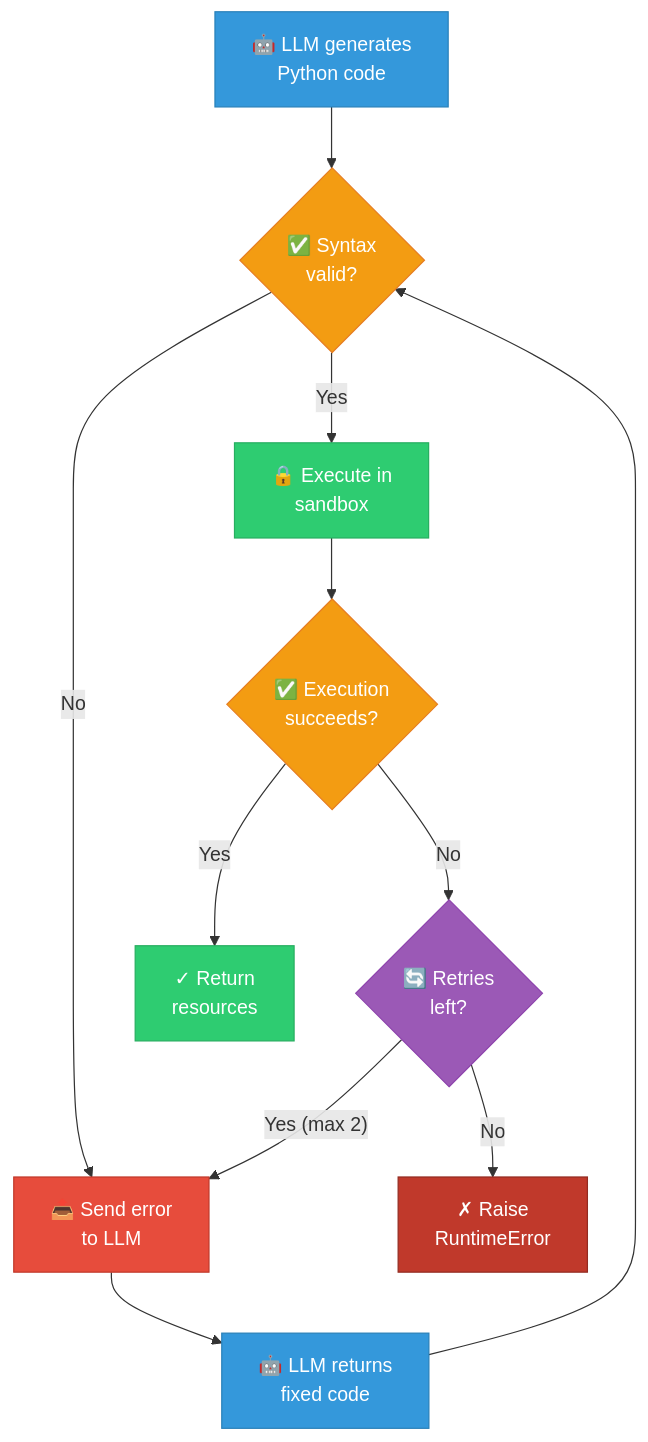
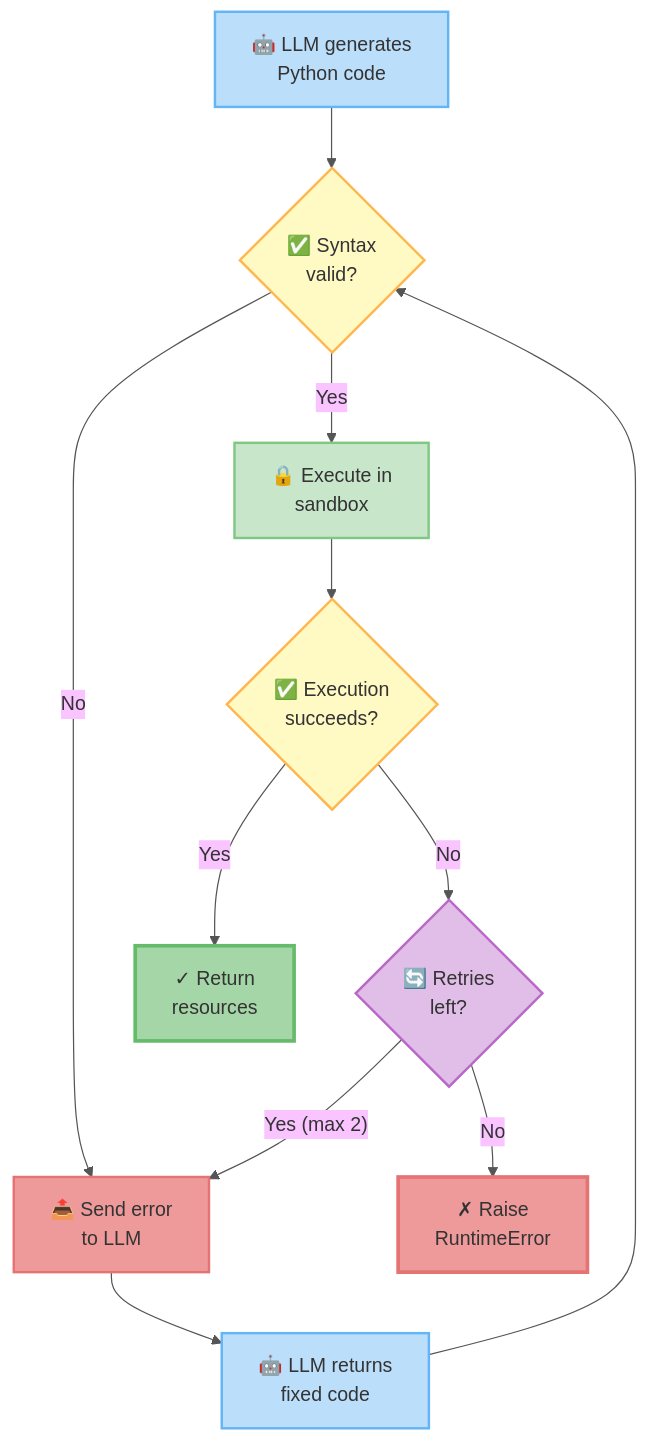
Before and after one commit to alvinhenrick/fhir-synth: the seventh of 10 diagrams in ARCHITECTURE.md, drawn with Mermaid. The commit also changed other lines of this file, not shown here.

Commit message:
refactor architecture documentation; enhance clarity and update visual elements for better understanding

````diff
--- a/ARCHITECTURE.md
+++ b/ARCHITECTURE.md
@@ -312,22 +386,24 @@
 ```mermaid
+%%{init: {'theme': 'base', 'themeVariables': {'primaryColor': '#fff9c4', 'primaryTextColor': '#333', 'primaryBorderColor': '#555', 'lineColor': '#555', 'fontFamily': 'Comic Sans MS, cursive, sans-serif'}}}%%
 flowchart TD
     A["🤖 LLM generates<br/>Python code"] --> B{"✅ Syntax<br/>valid?"}
     B -->|No| C["📤 Send error<br/>to LLM"]
     B -->|Yes| D["🔒 Execute in<br/>sandbox"]
     D --> E{"✅ Execution<br/>succeeds?"}
     E -->|Yes| F["✓ Return<br/>resources"]
     E -->|No| G{"🔄 Retries<br/>left?"}
     G -->|"Yes (max 2)"| C
     G -->|No| H["✗ Raise<br/>RuntimeError"]
     C --> I["🤖 LLM returns<br/>fixed code"]
     I --> B
-    style A fill:#3498db,stroke:#2980b9,color:#fff
-    style B fill:#f39c12,stroke:#e67e22,color:#fff
-    style C fill:#e74c3c,stroke:#c0392b,color:#fff
-    style D fill:#2ecc71,stroke:#27ae60,color:#fff
-    style E fill:#f39c12,stroke:#e67e22,color:#fff
-    style F fill:#2ecc71,stroke:#27ae60,color:#fff
-    style G fill:#9b59b6,stroke:#8e44ad,color:#fff
-    style H fill:#c0392b,stroke:#922b21,color:#fff
-    style I fill:#3498db,stroke:#2980b9,color:#fff
+
+    style A fill:#bbdefb,stroke:#64b5f6,color:#333,stroke-width:2px
+    style B fill:#fff9c4,stroke:#ffb74d,color:#333,stroke-width:2px
+    style C fill:#ef9a9a,stroke:#e57373,color:#333,stroke-width:2px
+    style D fill:#c8e6c9,stroke:#81c784,color:#333,stroke-width:2px
+    style E fill:#fff9c4,stroke:#ffb74d,color:#333,stroke-width:2px
+    style F fill:#a5d6a7,stroke:#66bb6a,color:#333,stroke-width:3px
+    style G fill:#e1bee7,stroke:#ba68c8,color:#333,stroke-width:2px
+    style H fill:#ef9a9a,stroke:#e57373,color:#333,stroke-width:3px
+    style I fill:#bbdefb,stroke:#64b5f6,color:#333,stroke-width:2px
 ```
````
